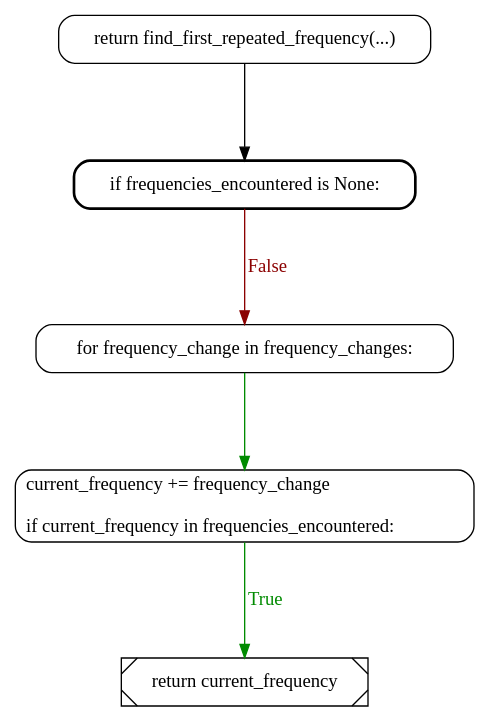
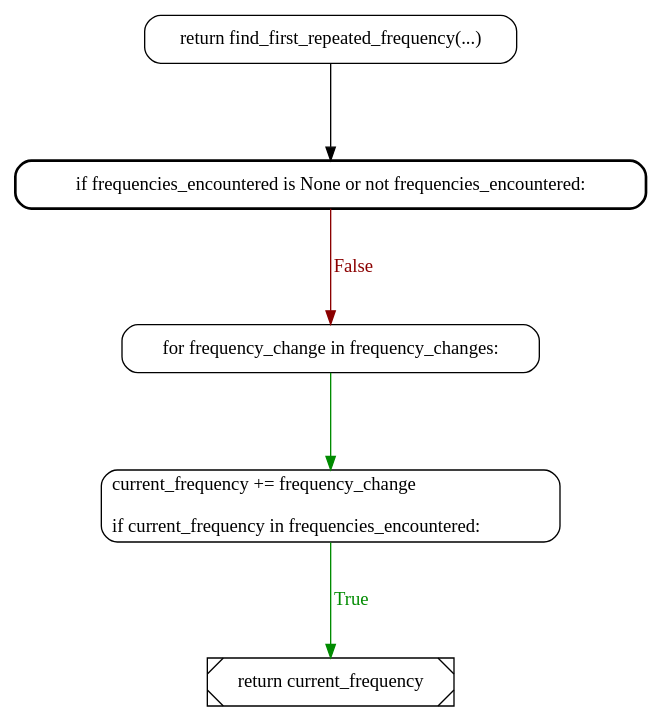
One commit to LukaBerkers/aoc18_py changed the diagram in paths/day_1.find_first_repeated_frequency/3.dot. Above: the diagram before and after it, drawn with Graphviz. The commit also changed 13 other files, not shown here.

First line of the commit message:
fix: handle empty `frequencies_encountered` in frequency tracker

```diff
--- a/paths/day_1.find_first_repeated_frequency/3.dot
+++ b/paths/day_1.find_first_repeated_frequency/3.dot
@@ -1,14 +1,14 @@
 strict digraph 3 {
     ranksep="1.0";
     node[shape="box",style="rounded",fontname="FiraCode Nerd Font"];
     edge[fontname="FiraCode Nerd Font"];
     4[label="return find_first_repeated_frequency(...)"];
-    1[label="if frequencies_encountered is None:",style="rounded, bold"];
+    1[label="if frequencies_encountered is None or not frequencies_encountered:",style="rounded, bold"];
     2[label="for frequency_change in frequency_changes:"];
     5[label="current_frequency += frequency_change\l\lif current_frequency in frequencies_encountered:\l"];
     7[label="return current_frequency",style="diagonals"];
     4 -> 1 ;
     1 -> 2 [label="False",color=red4,fontcolor=red4];
     2 -> 5 [color=green4,fontcolor=green4];
     5 -> 7 [label="True",color=green4,fontcolor=green4];
 }
```
